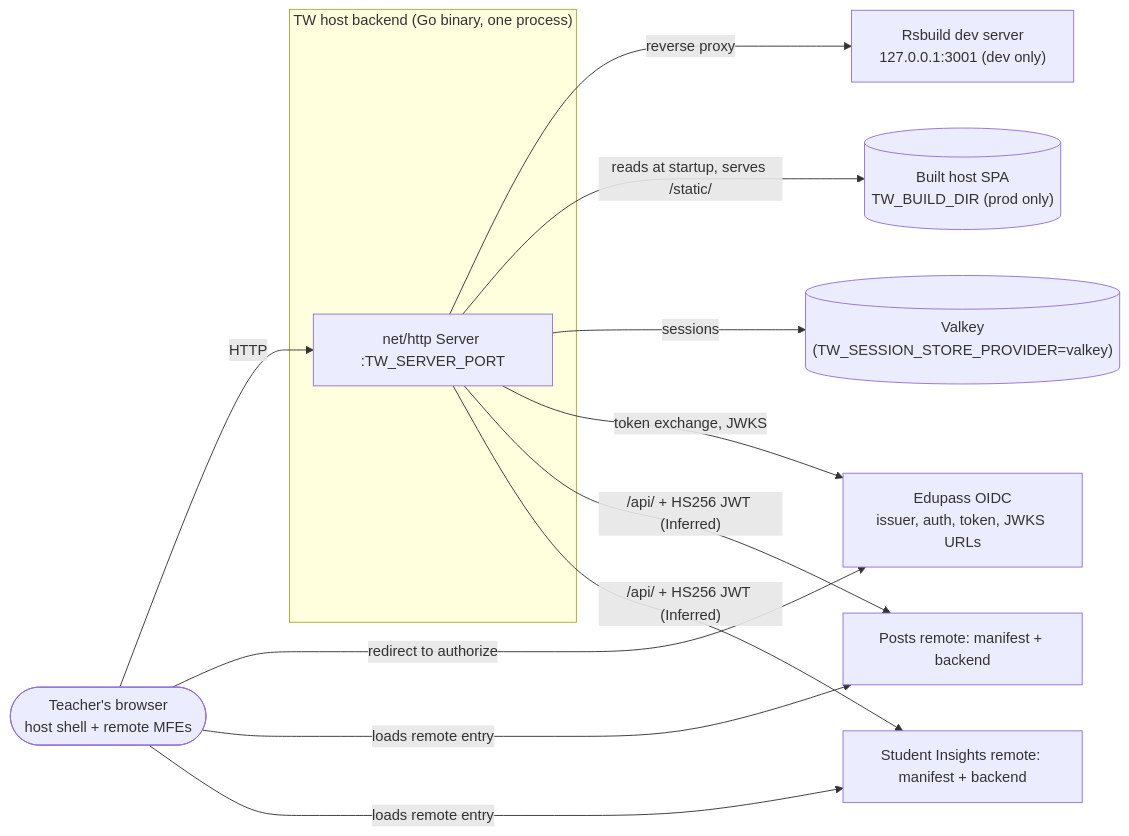
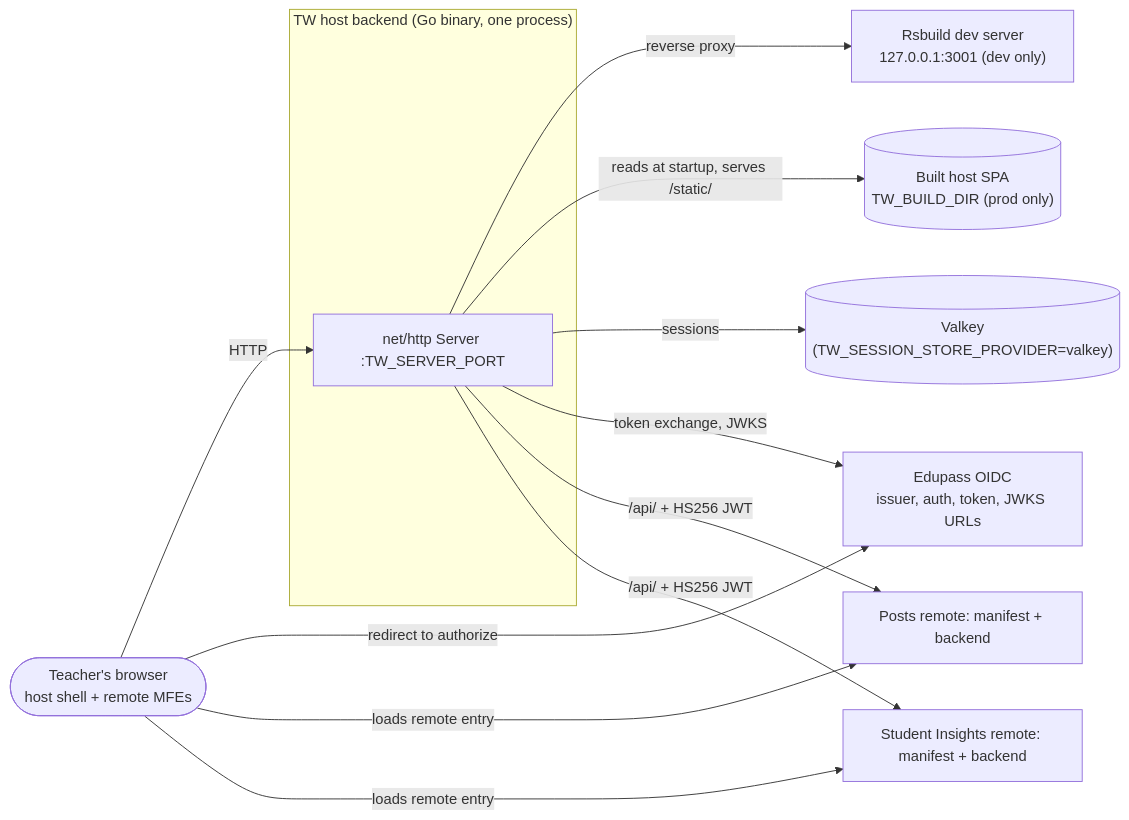
The second of 6 diagrams in docs/engineering-onboarding/02-architecture.md (fatin-suhaimi/teacher-workspace), drawn with Mermaid before and after one commit. The commit also changed other lines of this file and 9 other files, not shown here.

````diff
--- a/docs/engineering-onboarding/02-architecture.md
+++ b/docs/engineering-onboarding/02-architecture.md
@@ -43,24 +43,24 @@
 ```mermaid
 flowchart LR
     browser(["Teacher's browser<br/>host shell + remote MFEs"])
     subgraph tw["TW host backend (Go binary, one process)"]
         srv["net/http Server :TW_SERVER_PORT"]
     end
     dev["Rsbuild dev server<br/>127.0.0.1:3001 (dev only)"]
     dist[("Built host SPA<br/>TW_BUILD_DIR (prod only)")]
     valkey[("Valkey<br/>(TW_SESSION_STORE_PROVIDER=valkey)")]
     edupass["Edupass OIDC<br/>issuer, auth, token, JWKS URLs"]
     posts["Posts remote: manifest + backend"]
     si["Student Insights remote: manifest + backend"]
 
     browser -->|HTTP| srv
     srv -->|reverse proxy| dev
     srv -->|reads at startup, serves /static/| dist
     srv -->|sessions| valkey
     srv -->|token exchange, JWKS| edupass
     browser -->|redirect to authorize| edupass
     browser -->|loads remote entry| posts
     browser -->|loads remote entry| si
-    srv -->|"/api/ + HS256 JWT (Inferred)"| posts
-    srv -->|"/api/ + HS256 JWT (Inferred)"| si
+    srv -->|"/api/ + HS256 JWT"| posts
+    srv -->|"/api/ + HS256 JWT"| si
 ```
````
